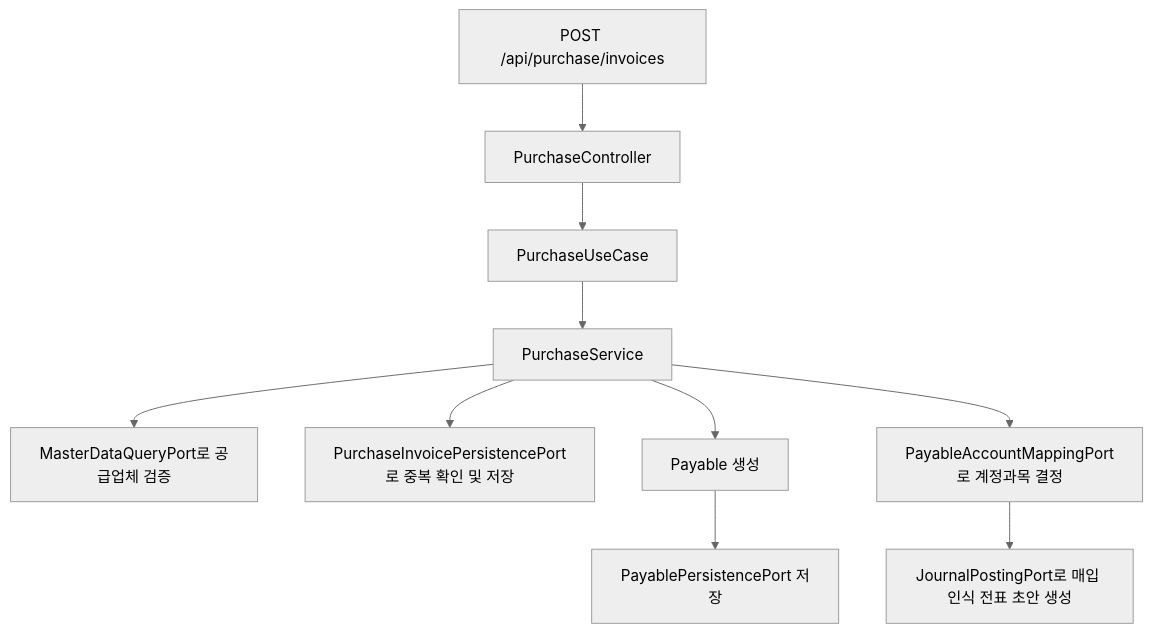
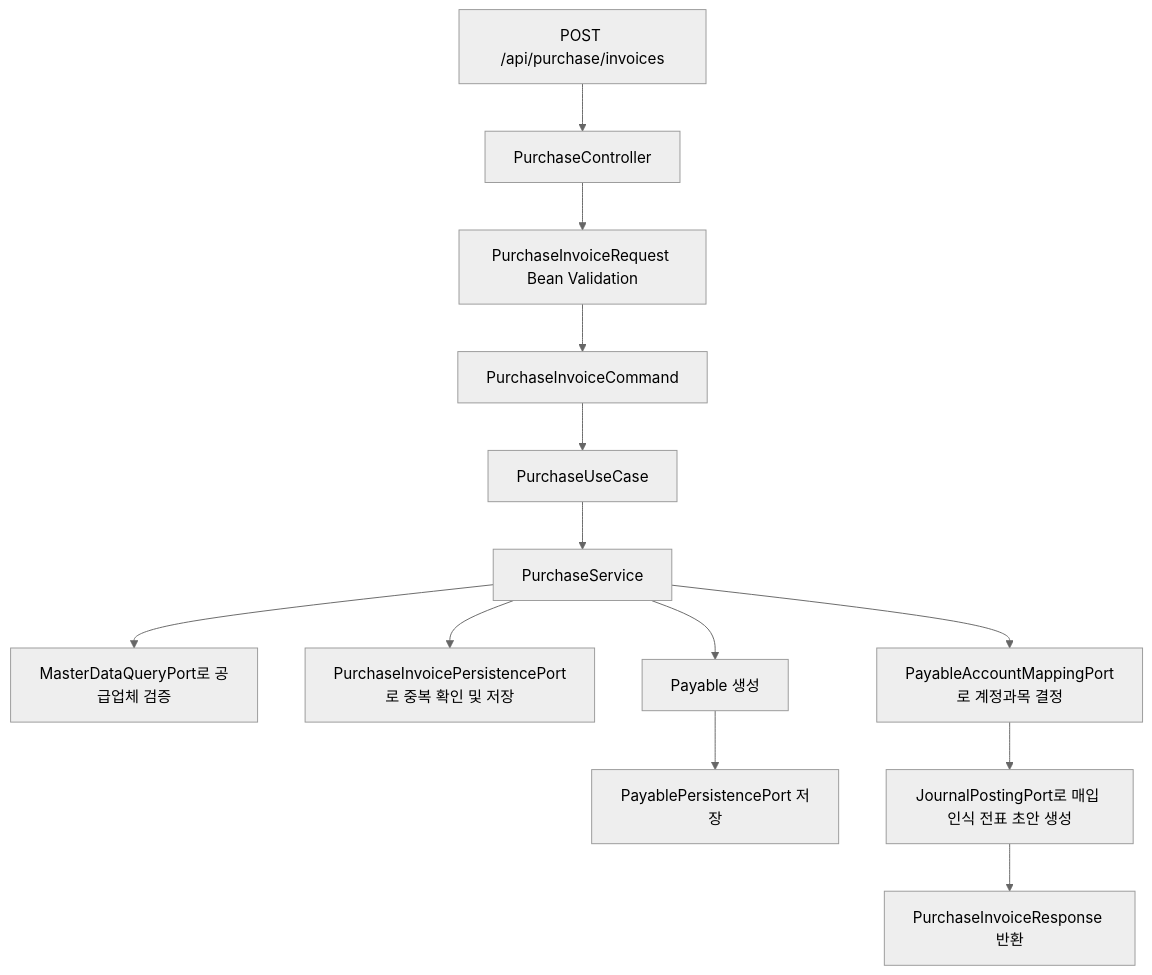
The first of 3 diagrams in payable/docs/process-flow.md (skyg547/account), drawn with Mermaid (neutral theme) before and after one commit. The commit also changed other lines of this file and 78 other files, not shown here.

Commit message:
Refactor payable and receivable API command boundaries

````diff
--- a/payable/docs/process-flow.md
+++ b/payable/docs/process-flow.md
@@ -18,12 +18,15 @@
 ```mermaid
 flowchart TD
     A[POST /api/purchase/invoices] --> B[PurchaseController]
-    B --> C[PurchaseUseCase]
-    C --> D[PurchaseService]
-    D --> E[MasterDataQueryPort로 공급업체 검증]
-    D --> F[PurchaseInvoicePersistencePort로 중복 확인 및 저장]
-    D --> G[Payable 생성]
-    G --> H[PayablePersistencePort 저장]
-    D --> I[PayableAccountMappingPort로 계정과목 결정]
-    I --> J[JournalPostingPort로 매입 인식 전표 초안 생성]
+    B --> C[PurchaseInvoiceRequest Bean Validation]
+    C --> D[PurchaseInvoiceCommand]
+    D --> E[PurchaseUseCase]
+    E --> F[PurchaseService]
+    F --> G[MasterDataQueryPort로 공급업체 검증]
+    F --> H[PurchaseInvoicePersistencePort로 중복 확인 및 저장]
+    F --> I[Payable 생성]
+    I --> J[PayablePersistencePort 저장]
+    F --> K[PayableAccountMappingPort로 계정과목 결정]
+    K --> L[JournalPostingPort로 매입 인식 전표 초안 생성]
+    L --> M[PurchaseInvoiceResponse 반환]
 ```
````
